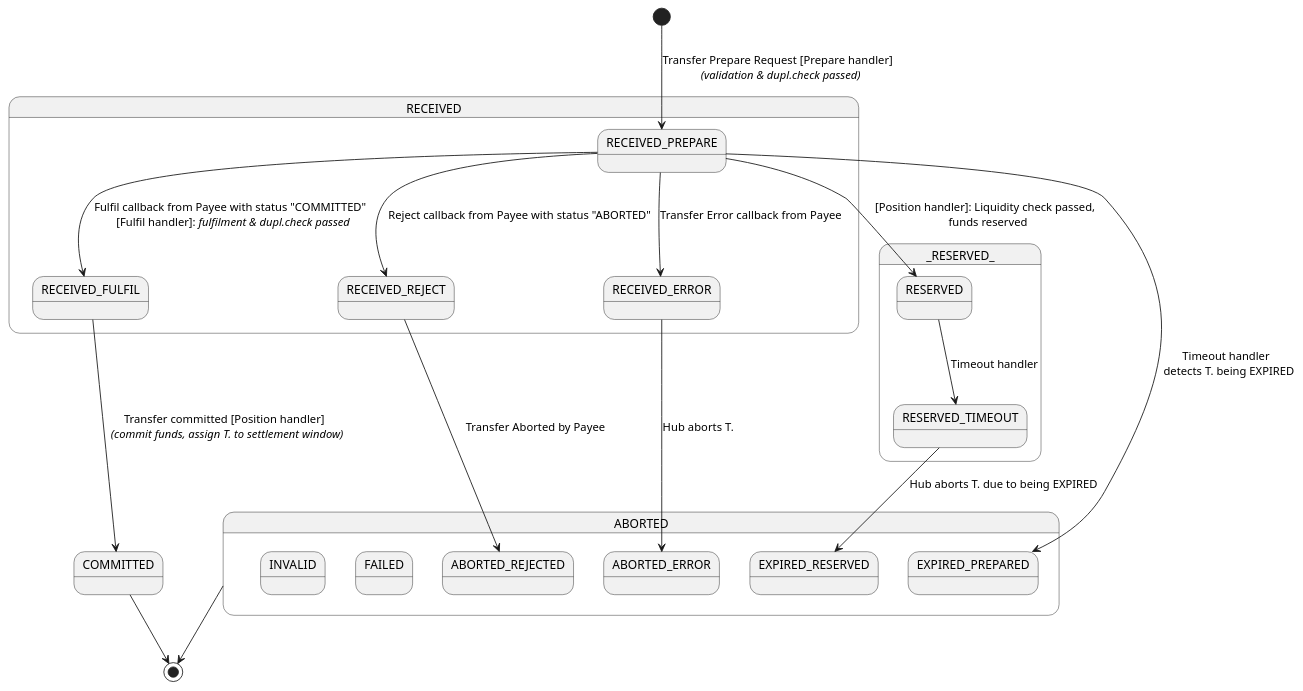
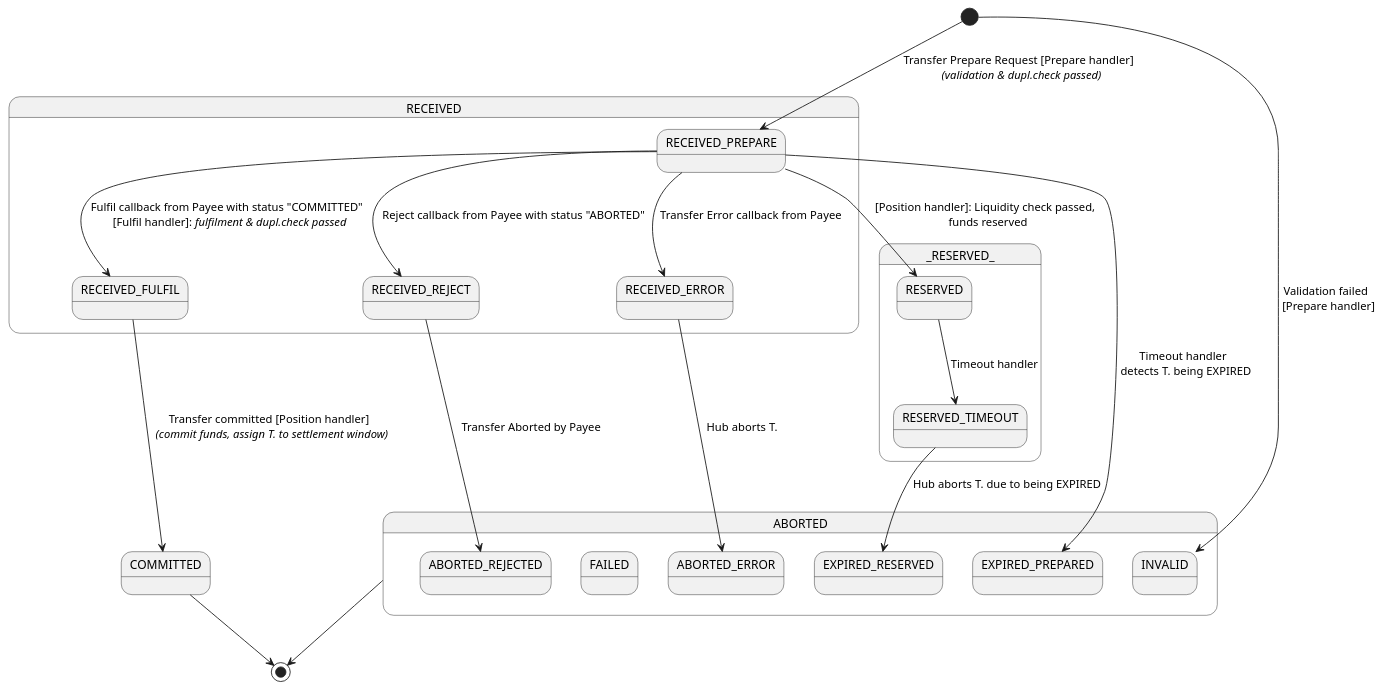
The diagram in documentation/state-diagrams/transfer-internal-states.plantuml (mojaloop/central-ledger), drawn with PlantUML before and after one commit. The commit also changed 1 other file, not shown here.

Commit message:
feat(mojaloop/#3818): added transfer state diagrams

```diff
--- a/documentation/state-diagrams/transfer-internal-states.plantuml
+++ b/documentation/state-diagrams/transfer-internal-states.plantuml
@@ -1,56 +1,57 @@
 @startuml
 
 state RECEIVED {
   state RECEIVED_PREPARE {
   }
   state RECEIVED_FULFIL {
   }
   state RECEIVED_REJECT {
   }
   state RECEIVED_ERROR {
   }
 }
 
 state _RESERVED_ {
   state RESERVED_TIMEOUT {
   }
   state RESERVED {
   }
 }
 
 state COMMITTED {
 }
 
 state ABORTED {
   state ABORTED_ERROR {
   }
   state ABORTED_REJECTED {
   }
   state EXPIRED_PREPARED {
   }
   state EXPIRED_RESERVED {
   }
   state FAILED {
   }
   state INVALID {
   }
 }
 
 [*] --> RECEIVED_PREPARE : Transfer Prepare Request [Prepare handler] \n <i>(validation & dupl.check passed)</i>
+[*] --> INVALID : Validation failed \n [Prepare handler]
 RECEIVED_PREPARE --> RESERVED : [Position handler]: Liquidity check passed, \n funds reserved
 RECEIVED_PREPARE --> RECEIVED_FULFIL : Fulfil callback from Payee with status "COMMITTED" \n [Fulfil handler]: <i>fulfilment & dupl.check passed</i>
 RECEIVED_FULFIL --> COMMITTED : Transfer committed [Position handler] \n <i>(commit funds, assign T. to settlement window)</i>
 
 RECEIVED_PREPARE --> RECEIVED_REJECT : Reject callback from Payee with status "ABORTED"
 RECEIVED_PREPARE --> RECEIVED_ERROR : Transfer Error callback from Payee
 RECEIVED_REJECT --> ABORTED_REJECTED : Transfer Aborted by Payee
 RECEIVED_ERROR --> ABORTED_ERROR : Hub aborts T.
 RECEIVED_PREPARE --> EXPIRED_PREPARED : Timeout handler \n detects T. being EXPIRED
 
 RESERVED --> RESERVED_TIMEOUT : Timeout handler
 RESERVED_TIMEOUT --> EXPIRED_RESERVED : Hub aborts T. due to being EXPIRED
 
 COMMITTED --> [*]
 ABORTED --> [*]
 
 @enduml
```
